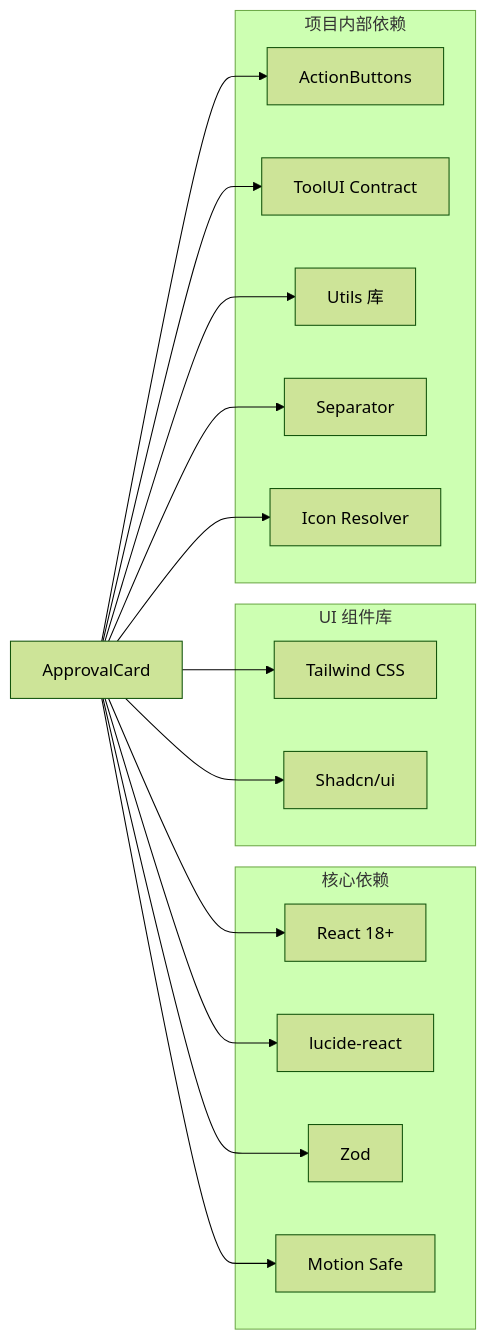
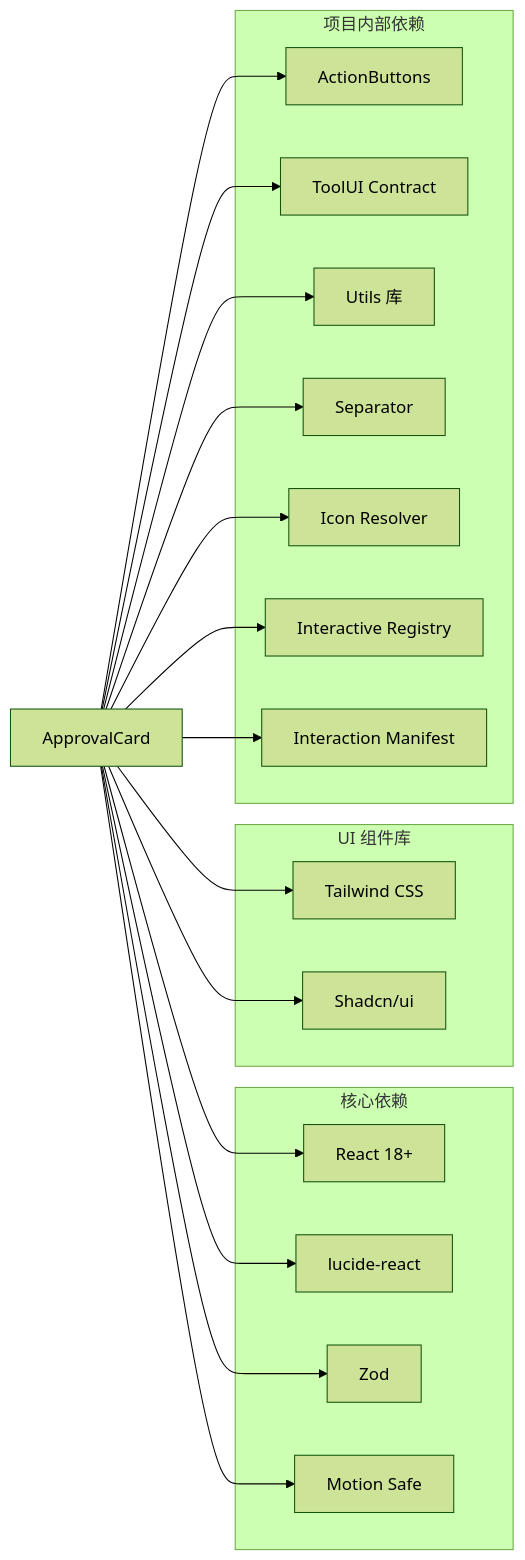
One commit to verse-ai-org/openclaw changed the eighth of 9 diagrams in .qoder/repowiki/zh/content/Web界面/UI组件系统/工具UI组件/审批卡片组件.md. Above: the diagram before and after it, drawn with Mermaid (forest theme). The commit also changed other lines of this file and 11 other files, not shown here.

````diff
--- a/.qoder/repowiki/zh/content/Web界面/UI组件系统/工具UI组件/审批卡片组件.md
+++ b/.qoder/repowiki/zh/content/Web界面/UI组件系统/工具UI组件/审批卡片组件.md
@@ -365,31 +428,35 @@
 ```mermaid
 graph LR
 subgraph "核心依赖"
 A[React 18+]
 B[lucide-react]
 C[Zod]
 D[Motion Safe]
 end
 subgraph "UI 组件库"
 E[Tailwind CSS]
 F[Shadcn/ui]
 end
 subgraph "项目内部依赖"
 G[ActionButtons]
 H[ToolUI Contract]
 I[Utils 库]
 J[Separator]
 K[Icon Resolver]
+L[Interactive Registry]
+M[Interaction Manifest]
 end
 ApprovalCard --> A
 ApprovalCard --> B
 ApprovalCard --> C
 ApprovalCard --> D
 ApprovalCard --> E
 ApprovalCard --> F
 ApprovalCard --> G
 ApprovalCard --> H
 ApprovalCard --> I
 ApprovalCard --> J
 ApprovalCard --> K
+ApprovalCard --> L
+ApprovalCard --> M
 ```
````
